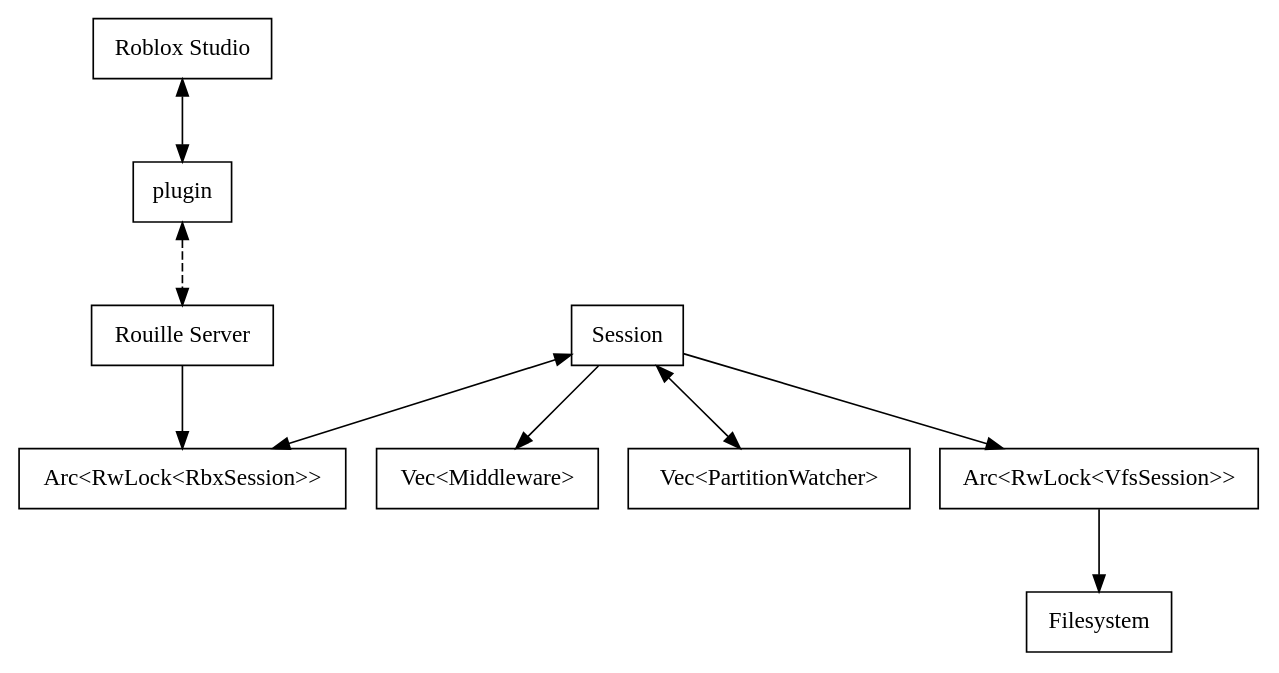
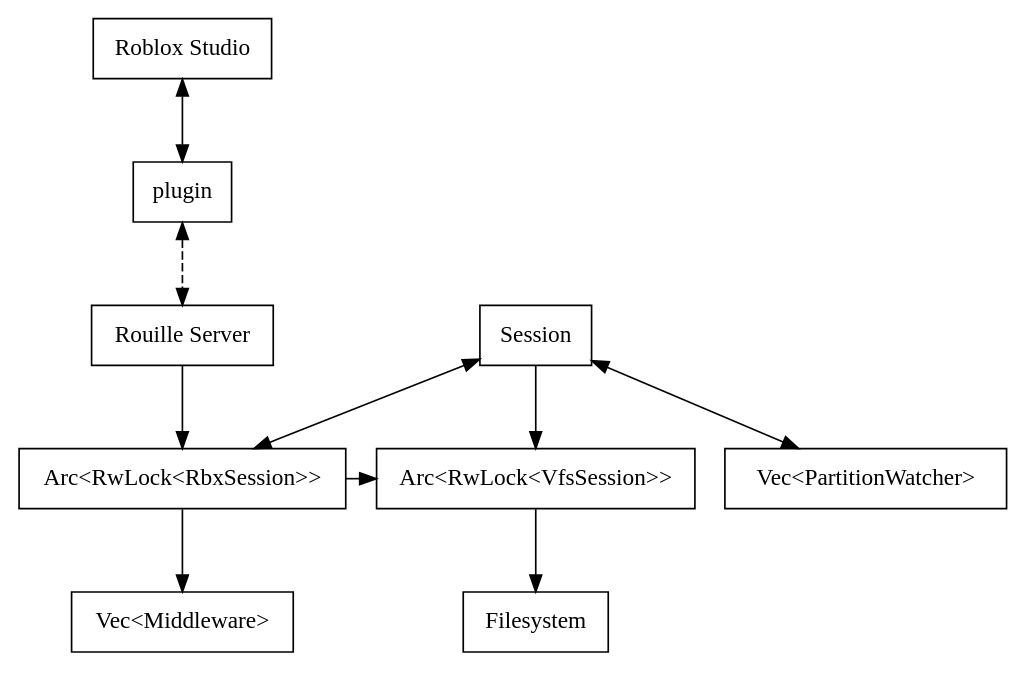
Before and after one commit to rojo-rbx/rojo: the diagram in design.gv, drawn with Graphviz.

Commit message:
I think this is the design now

```diff
--- a/design.gv
+++ b/design.gv
@@ -1,28 +1,30 @@
 digraph G {
 	ranksep=0.7;
 	node [
 		fontname="Hack",
 		shape="box",
 	];
 
 	roblox_studio -> plugin [dir="both"];
 	plugin -> web_server [style="dashed", dir="both"];
 
 	web_server -> rbx_session;
 
 	session -> rbx_session [dir="both"];
-	session -> middlewares;
+	session -> vfs_session;
 	session -> watchers [dir="both"];
-	session -> vfs_session;
 
 	vfs_session -> fs;
+
+	rbx_session -> vfs_session [constraint=false];
+	rbx_session -> middlewares;
 
 	roblox_studio [label="Roblox Studio"];
 	fs [label="Filesystem"];
 	middlewares [label="Vec<Middleware>"];
 	watchers [label="Vec<PartitionWatcher>"];
 	session [label="Session"];
 	web_server [label="Rouille Server"];
 	vfs_session [label="Arc<RwLock<VfsSession>>"];
 	rbx_session [label="Arc<RwLock<RbxSession>>"];
 }
```
